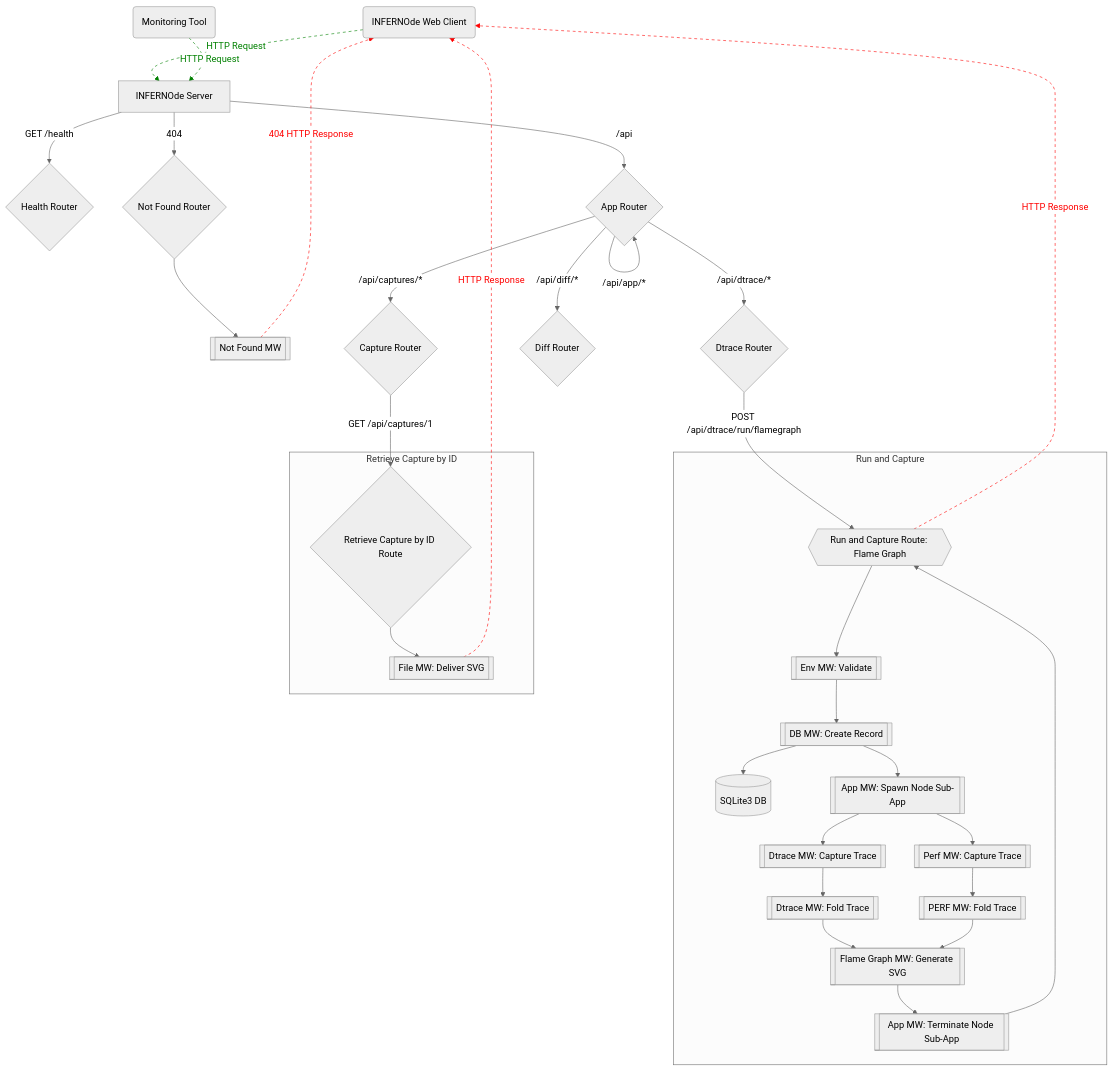
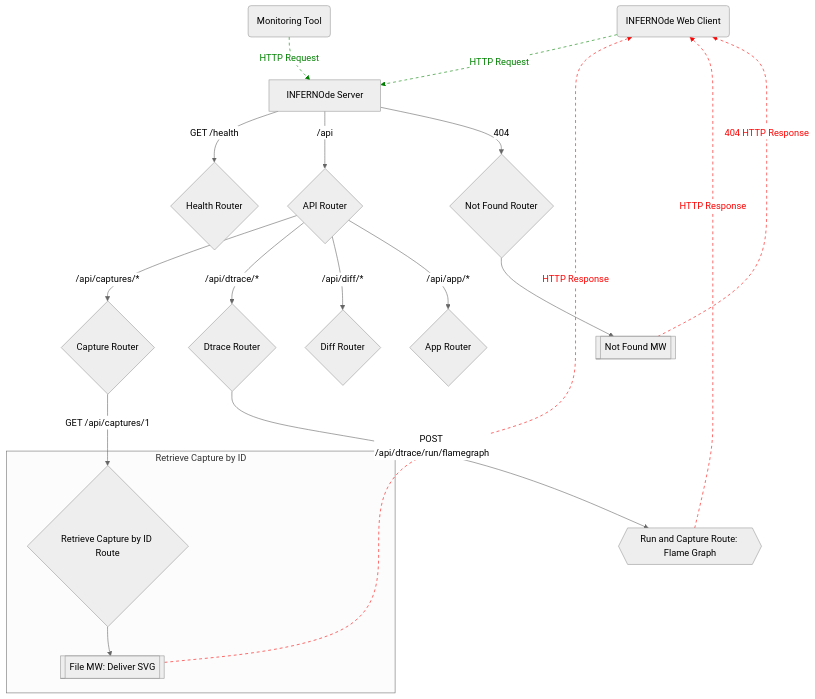
The first of 3 diagrams in README.md (oslabs-beta/infernode), drawn with Mermaid (neutral theme) before and after one commit.

Commit message:
Fix and split route diagram

````diff
--- a/README.md
+++ b/README.md
@@ -50,40 +50,26 @@
 ```mermaid
 graph TD;
     C("INFERNOde Web Client") -.-> |"HTTP Request"| S["INFERNOde Server"];
     linkStyle 0 stroke:green,color:green,stroke-dasharray: 5 5;
     CM("Monitoring Tool") -.-> |"HTTP Request"| S
     linkStyle 1 stroke:green,color:green,stroke-dasharray: 5 5;
     S --> |"GET /health"| RH{"Health Router"};
     S --> |"/api"| RA{"API Router"};
     S --> |"404"| RNF{"Not Found Router"};
     RNF --> MNF[["Not Found MW"]];
     MNF -.-> |"404 HTTP Response"| C;
     linkStyle 6 stroke:red,color:red,stroke-dasharray: 5 5;
     RA --> |"/api/captures/*"| RC{"Capture Router"};
     RA --> |"/api/dtrace/*"| RT{"Dtrace Router"};
     RA --> |"/api/diff/*"| RD{"Diff Router"};
-    RA --> |"/api/app/*"| RA{"App Router"};
-    RT --> |"POST /api/dtrace/run/flamegraph"|RRC{{"Run and Capture Route: Flame Graph"}};
-    subgraph "Run and Capture";
-    RRC --> ME[["Env MW: Validate"]];
-    ME --> MDB[["DB MW: Create Record"]];
-    MDB --> SQL[("SQLite3 DB")];
-    MDB --> MA1[["App MW: Spawn Node Sub-App"]];
-    MA1 --> MDT1[["Dtrace MW: Capture Trace"]];
-    MA1 --> MPT1[["Perf MW: Capture Trace"]];
-    MDT1 --> MDT2[["Dtrace MW: Fold Trace"]];
-    MPT1 --> MPT2[["PERF MW: Fold Trace"]];
-    MDT2 --> MFG[["Flame Graph MW: Generate SVG"]];
-    MPT2 --> MFG;
-    MFG --> MA2[["App MW: Terminate Node Sub-App"]];
-    MA2 --> RRC;
-    end;
+    RA --> |"/api/app/*"| RAP{"App Router"};
+    RT --> |"POST /api/dtrace/run/flamegraph"| RRC{{"Run and Capture Route: Flame Graph"}};
     RRC -.-> |"HTTP Response"| C;
-    linkStyle 24 stroke:red,color:red,stroke-dasharray: 5 5;
+    linkStyle 12 stroke:red,color:red,stroke-dasharray: 5 5;
     RC --> |"GET /api/captures/1"| RCG1{"Retrieve Capture by ID Route"};
     subgraph "Retrieve Capture by ID ";
     RCG1 --> MFD[["File MW: Deliver SVG"]];
     end;
     MFD -.-> |"HTTP Response"| C;
-    linkStyle 27 stroke:red,color:red,stroke-dasharray: 5 5;
+    linkStyle 15 stroke:red,color:red,stroke-dasharray: 5 5;
 ```
````
